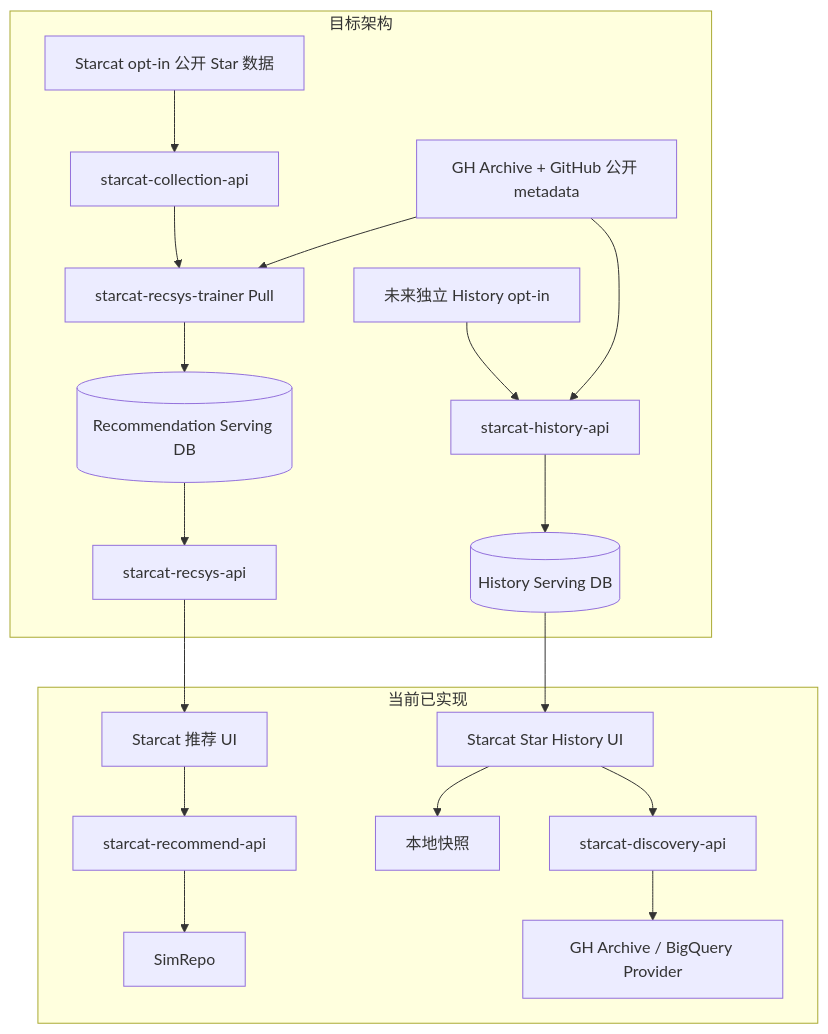
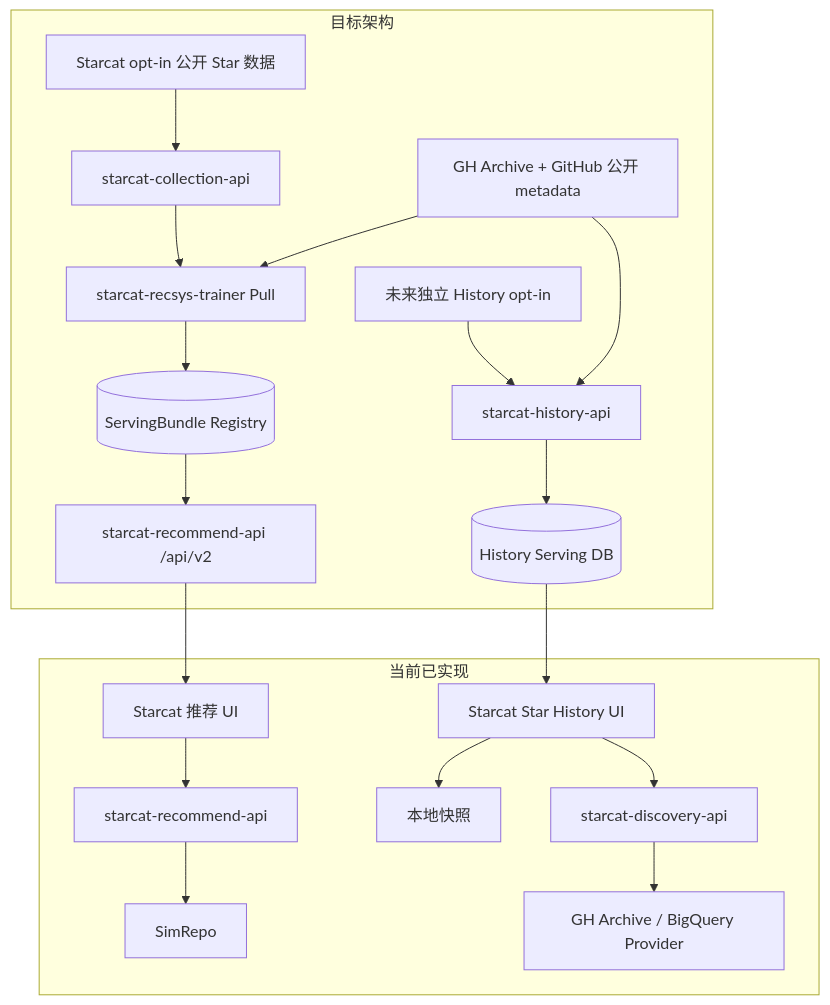
Before and after one commit to starcat-app/Starcat: the diagram in docs/2-产品/需求讨论/推荐算法/README.md, drawn with Mermaid. The commit also changed other lines of this file and 6 other files, not shown here.

````diff
--- a/docs/2-产品/需求讨论/推荐算法/README.md
+++ b/docs/2-产品/需求讨论/推荐算法/README.md
@@ -31,24 +31,24 @@
 ```mermaid
 flowchart TB
     subgraph Current[当前已实现]
         A[Starcat 推荐 UI] --> B[starcat-recommend-api]
         B --> C[SimRepo]
         D[Starcat Star History UI] --> E[本地快照]
         D --> F[starcat-discovery-api]
         F --> G[GH Archive / BigQuery Provider]
     end
 
     subgraph Target[目标架构]
         H[Starcat opt-in 公开 Star 数据] --> C1[starcat-collection-api]
         C1 --> I[starcat-recsys-trainer Pull]
         J[GH Archive + GitHub 公开 metadata] --> I
-        I --> K[(Recommendation Serving DB)]
-        K --> L[starcat-recsys-api]
+        I --> K[(ServingBundle Registry)]
+        K --> L[starcat-recommend-api /api/v2]
         L --> A
 
         H2[未来独立 History opt-in] --> M[starcat-history-api]
         J --> M
         M --> N[(History Serving DB)]
         N --> D
     end
 ```
````
